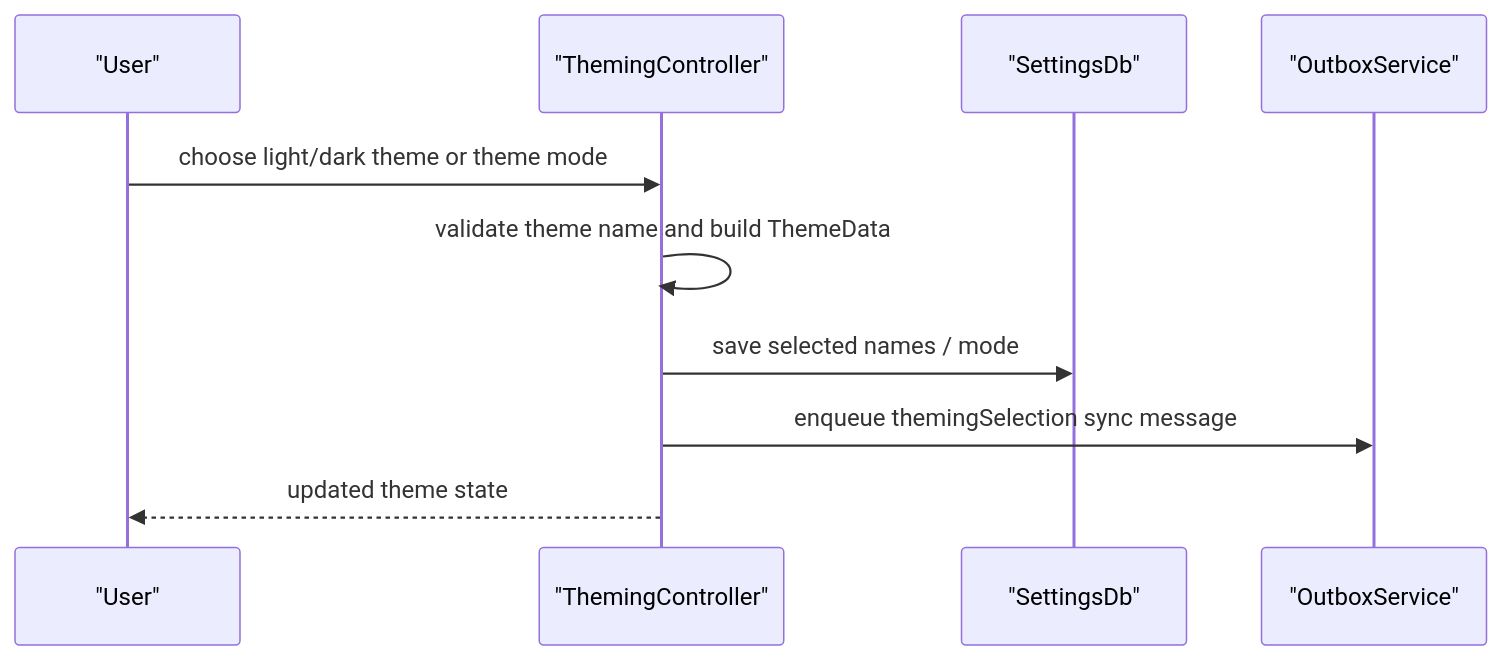
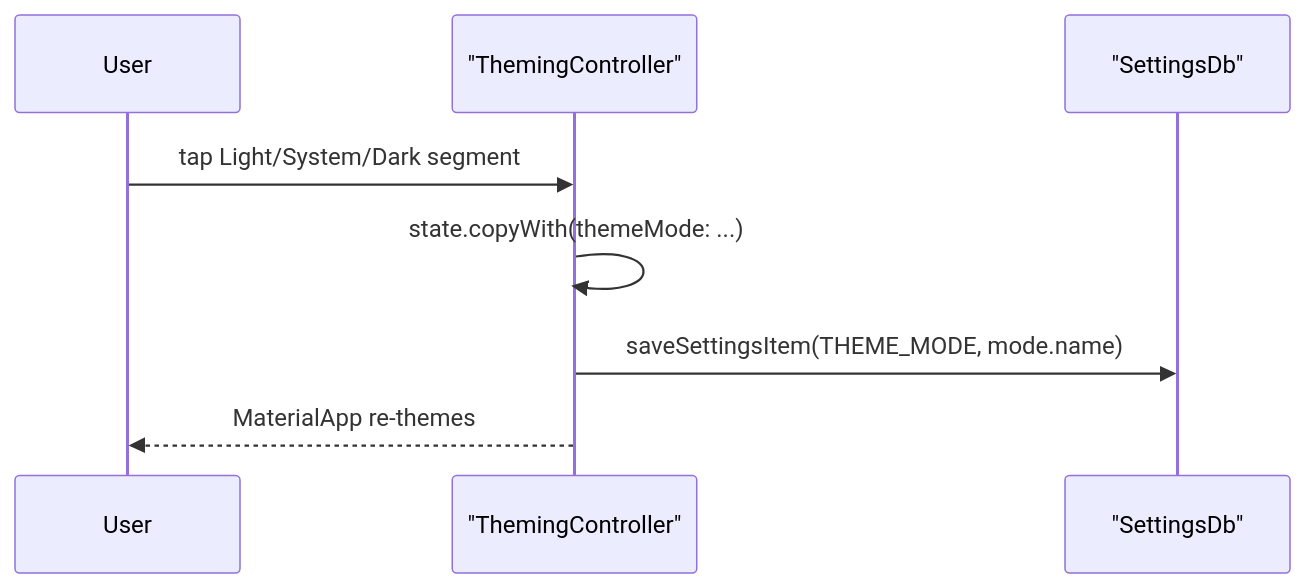
Before and after one commit to matthiasn/lotti: the third of 3 diagrams in lib/features/theming/README.md, drawn with Mermaid. The commit also changed other lines of this file and 27 other files, not shown here.

Commit message:
feat: simplify theme settings to Light/Dark/System and drop flex_color_scheme

````diff
--- a/lib/features/theming/README.md
+++ b/lib/features/theming/README.md
@@ -83,13 +99,11 @@
 ```mermaid
 sequenceDiagram
-  participant User as "User"
+  participant User
   participant Ctl as "ThemingController"
   participant Settings as "SettingsDb"
-  participant Sync as "OutboxService"
 
-  User->>Ctl: choose light/dark theme or theme mode
-  Ctl->>Ctl: validate theme name and build ThemeData
-  Ctl->>Settings: save selected names / mode
-  Ctl->>Sync: enqueue themingSelection sync message
-  Ctl-->>User: updated theme state
+  User->>Ctl: tap Light/System/Dark segment
+  Ctl->>Ctl: state.copyWith(themeMode: ...)
+  Ctl->>Settings: saveSettingsItem(THEME_MODE, mode.name)
+  Ctl-->>User: MaterialApp re-themes
 ```
````
